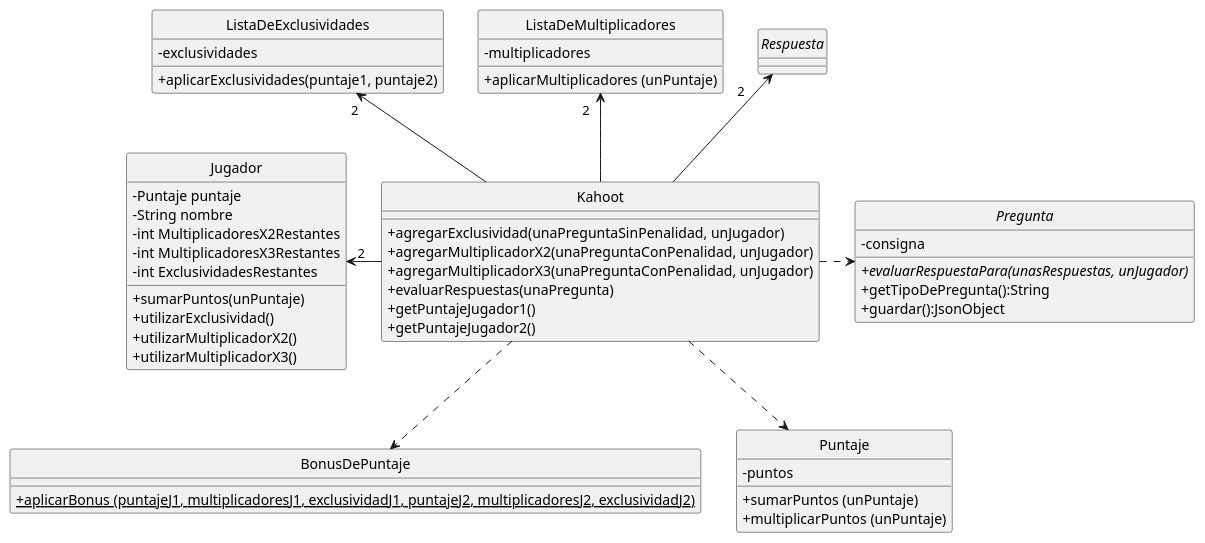
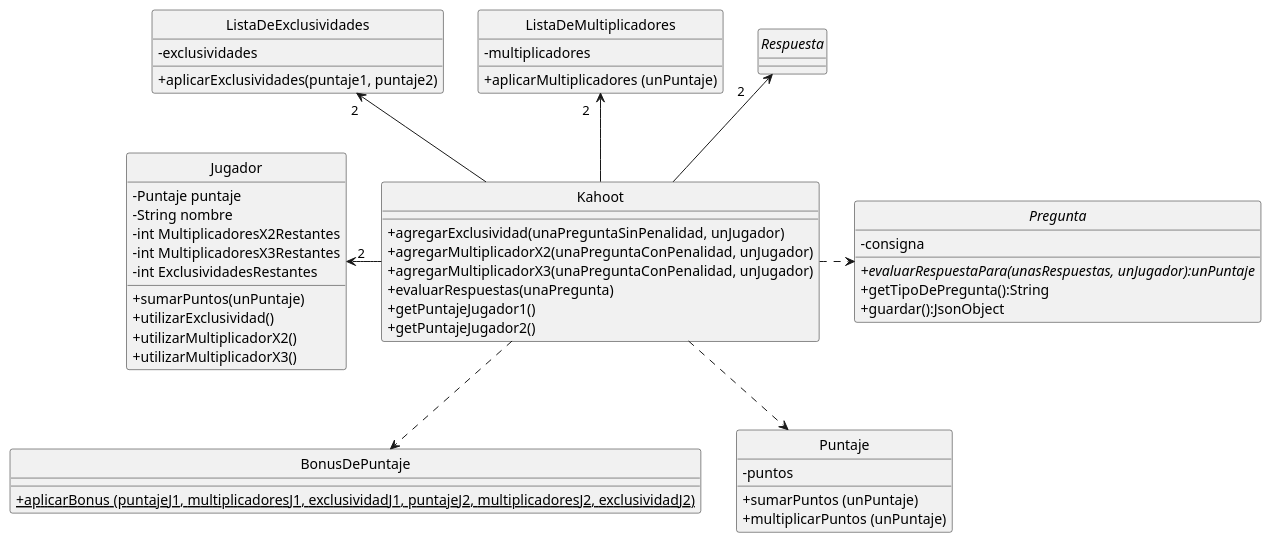
Before and after one commit to Tomymanoukian/AyPIII_TP2: the diagram in Diagramas/DDC-Kahoot.puml, drawn with PlantUML.

Commit message:
Hago el diagrama

```diff
--- a/Diagramas/DDC-Kahoot.puml
+++ b/Diagramas/DDC-Kahoot.puml
@@ -1,68 +1,68 @@
 @startuml
 
 skinparam classAttributeIconSize 0
 skinparam shadowing false
 hide circle
 
 class Jugador {
     -Puntaje puntaje
     -String nombre
     -int MultiplicadoresX2Restantes
     -int MultiplicadoresX3Restantes
     -int ExclusividadesRestantes
     +sumarPuntos(unPuntaje)
     +utilizarExclusividad()
     +utilizarMultiplicadorX2()
     +utilizarMultiplicadorX3()
 }
 
 class Kahoot {
     +agregarExclusividad(unaPreguntaSinPenalidad, unJugador)
     +agregarMultiplicadorX2(unaPreguntaConPenalidad, unJugador)
     +agregarMultiplicadorX3(unaPreguntaConPenalidad, unJugador)
     +evaluarRespuestas(unaPregunta)
     +getPuntajeJugador1()
     +getPuntajeJugador2()
 }
 
 abstract class Pregunta {
     -consigna
-    {abstract}+evaluarRespuestaPara(unasRespuestas, unJugador)
+    {abstract}+evaluarRespuestaPara(unasRespuestas, unJugador):unPuntaje
     +getTipoDePregunta():String
     +guardar():JsonObject
 }
 
 class BonusDePuntaje {
     +{static}aplicarBonus (puntajeJ1, multiplicadoresJ1, exclusividadJ1, puntajeJ2, multiplicadoresJ2, exclusividadJ2)
 }
 
 class ListaDeExclusividades {
     -exclusividades
     +aplicarExclusividades(puntaje1, puntaje2)
 }
 
 class ListaDeMultiplicadores {
     -multiplicadores
     +aplicarMultiplicadores (unPuntaje)
 }
 
 interface Respuesta {
 }
 
 class Puntaje {
     -puntos
     +sumarPuntos (unPuntaje)
     +multiplicarPuntos (unPuntaje)
 }
 
 Jugador " 2" <- Kahoot
 Kahoot .> Pregunta
 Respuesta "2      " <-- Kahoot
 
 Kahoot ..> BonusDePuntaje
 Kahoot ..> Puntaje
 
 ListaDeExclusividades "2  "<-- Kahoot
 ListaDeMultiplicadores "2   "<-- Kahoot
 
 @enduml
```
